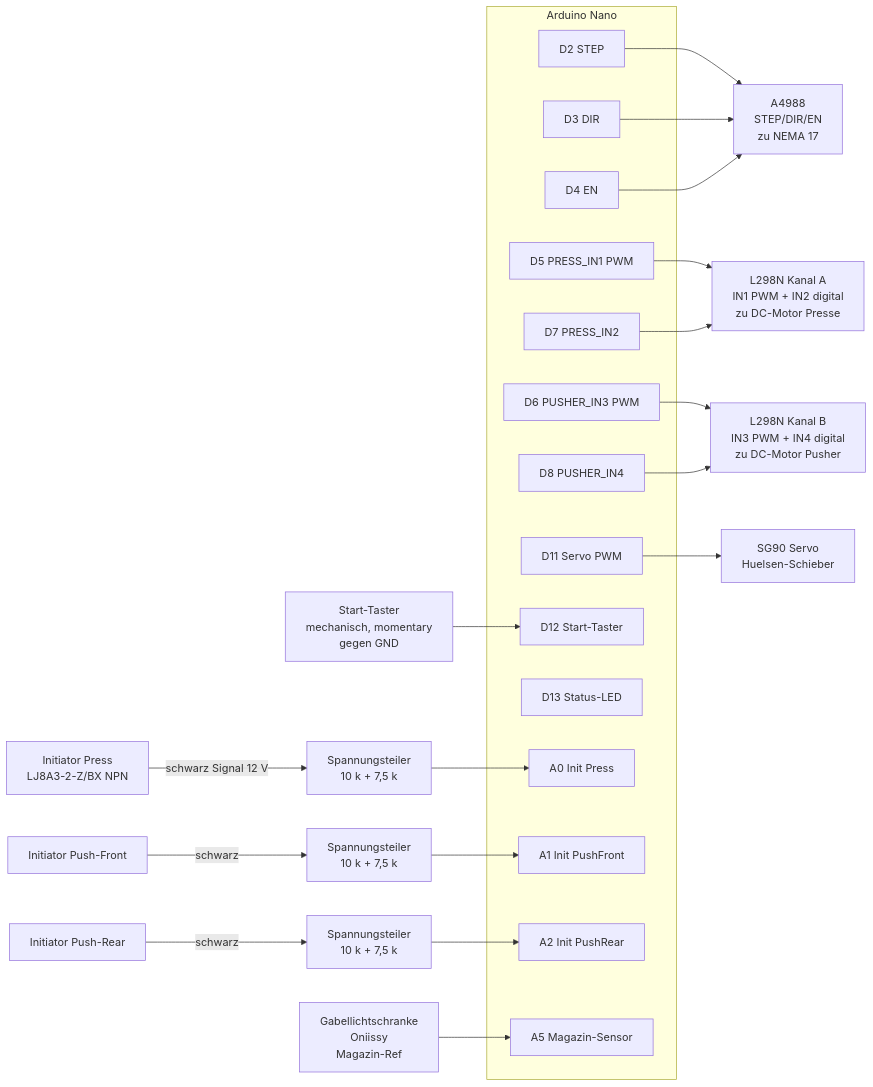
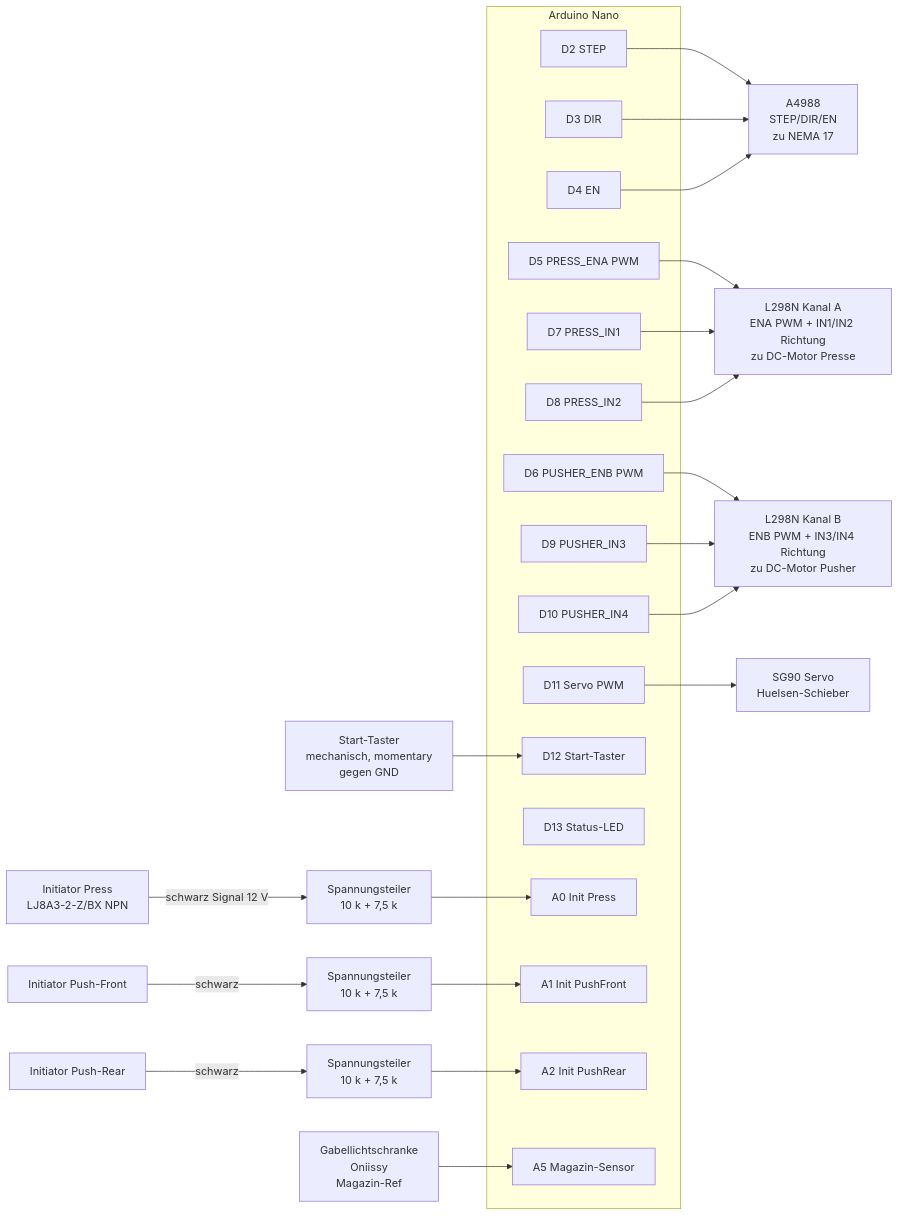
Before and after one commit to JohnsonRepo/stopf: the second of 3 diagrams in docs/wiring.md, drawn with Mermaid. The commit also changed other lines of this file and 5 other files, not shown here.

First line of the commit message:
refactor(motors): zurueck auf ENA/ENB nach Wechsel auf grosse L298N

````diff
--- a/docs/wiring.md
+++ b/docs/wiring.md
@@ -259,43 +259,47 @@
 ```mermaid
 flowchart LR
     subgraph NANO [Arduino Nano]
         D2["D2 STEP"]
         D3["D3 DIR"]
         D4["D4 EN"]
-        D5["D5 PRESS_IN1 PWM"]
-        D6["D6 PUSHER_IN3 PWM"]
-        D7["D7 PRESS_IN2"]
-        D8["D8 PUSHER_IN4"]
+        D5["D5 PRESS_ENA PWM"]
+        D6["D6 PUSHER_ENB PWM"]
+        D7["D7 PRESS_IN1"]
+        D8["D8 PRESS_IN2"]
+        D9["D9 PUSHER_IN3"]
+        D10["D10 PUSHER_IN4"]
         D11["D11 Servo PWM"]
         D12["D12 Start-Taster"]
         D13["D13 Status-LED"]
         A0["A0 Init Press"]
         A1["A1 Init PushFront"]
         A2["A2 Init PushRear"]
         A5["A5 Magazin-Sensor"]
     end
 
     D2 --> A4988["A4988<br/>STEP/DIR/EN<br/>zu NEMA 17"]
     D3 --> A4988
     D4 --> A4988
 
-    D5 --> L298N_A["L298N Kanal A<br/>IN1 PWM + IN2 digital<br/>zu DC-Motor Presse"]
+    D5 --> L298N_A["L298N Kanal A<br/>ENA PWM + IN1/IN2 Richtung<br/>zu DC-Motor Presse"]
     D7 --> L298N_A
+    D8 --> L298N_A
 
-    D6 --> L298N_B["L298N Kanal B<br/>IN3 PWM + IN4 digital<br/>zu DC-Motor Pusher"]
-    D8 --> L298N_B
+    D6 --> L298N_B["L298N Kanal B<br/>ENB PWM + IN3/IN4 Richtung<br/>zu DC-Motor Pusher"]
+    D9 --> L298N_B
+    D10 --> L298N_B
 
     D11 --> SERVO["SG90 Servo<br/>Huelsen-Schieber"]
 
     BUTTON["Start-Taster<br/>mechanisch, momentary<br/>gegen GND"] --> D12
 
     DIV1["Spannungsteiler<br/>10 k + 7,5 k"] --> A0
     DIV2["Spannungsteiler<br/>10 k + 7,5 k"] --> A1
     DIV3["Spannungsteiler<br/>10 k + 7,5 k"] --> A2
 
     INIT_P["Initiator Press<br/>LJ8A3-2-Z/BX NPN"] -->|schwarz Signal 12 V| DIV1
     INIT_PF["Initiator Push-Front"] -->|schwarz| DIV2
     INIT_PR["Initiator Push-Rear"] -->|schwarz| DIV3
 
     OPTO["Gabellichtschranke<br/>Oniissy<br/>Magazin-Ref"] --> A5
 ```
````
